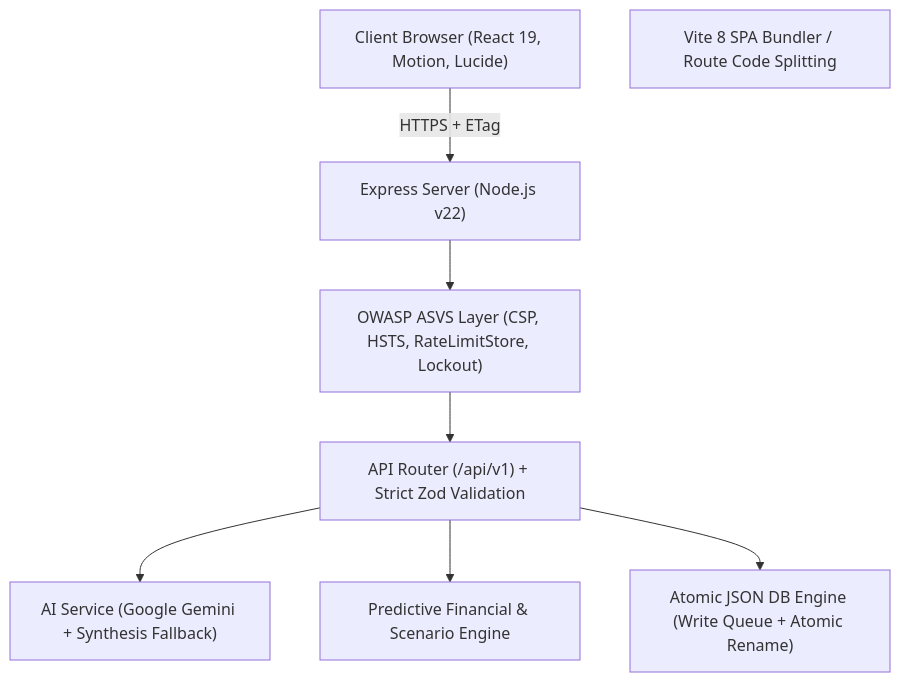
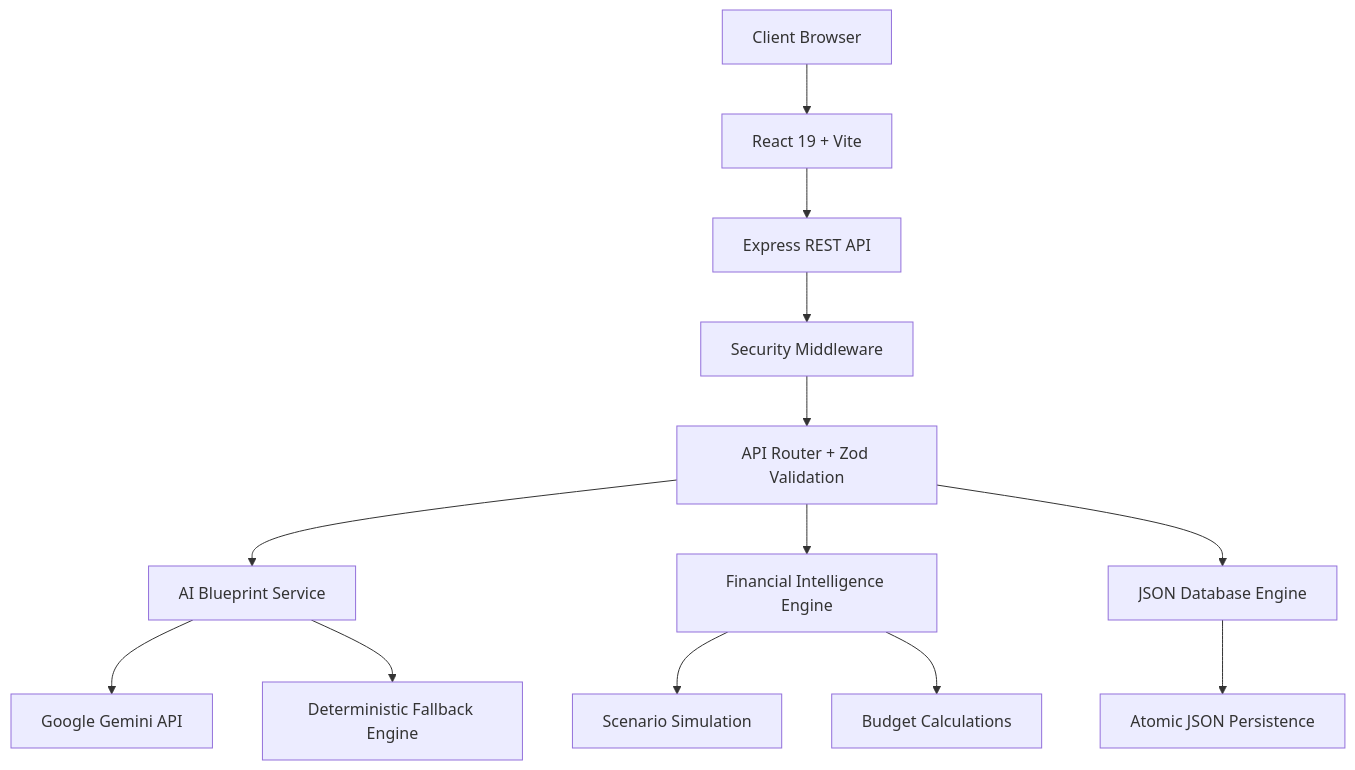
One commit to Rutuja-131005/Celebration-Event-Planner changed the diagram in README.md. Above: the diagram before and after it, drawn with Mermaid. The commit also changed other lines of this file, not shown here.

Commit message:
docs: refine README with comprehensive overview, features, and system architecture

````diff
--- a/README.md
+++ b/README.md
@@ -71,18 +98,19 @@
 ```mermaid
 graph TD
-    Client["Client Browser (React 19, Motion, Lucide)"]
-    Vite["Vite 8 SPA Bundler / Route Code Splitting"]
-    Express["Express Server (Node.js v22)"]
-    Security["OWASP ASVS Layer (CSP, HSTS, RateLimitStore, Lockout)"]
-    Router["API Router (/api/v1) + Strict Zod Validation"]
-    AI["AI Service (Google Gemini + Synthesis Fallback)"]
-    Predictive["Predictive Financial & Scenario Engine"]
-    DB["Atomic JSON DB Engine (Write Queue + Atomic Rename)"]
+    A["Client Browser"] --> B["React 19 + Vite"]
+    B --> C["Express REST API"]
+    C --> D["Security Middleware"]
+    D --> E["API Router + Zod Validation"]
 
-    Client -->|HTTPS + ETag| Express
-    Express --> Security
-    Security --> Router
-    Router --> AI
-    Router --> Predictive
-    Router --> DB
+    E --> F["AI Blueprint Service"]
+    E --> G["Financial Intelligence Engine"]
+    E --> H["JSON Database Engine"]
+
+    F --> I["Google Gemini API"]
+    F --> J["Deterministic Fallback Engine"]
+
+    G --> K["Scenario Simulation"]
+    G --> L["Budget Calculations"]
+
+    H --> M["Atomic JSON Persistence"]
 ```
````
